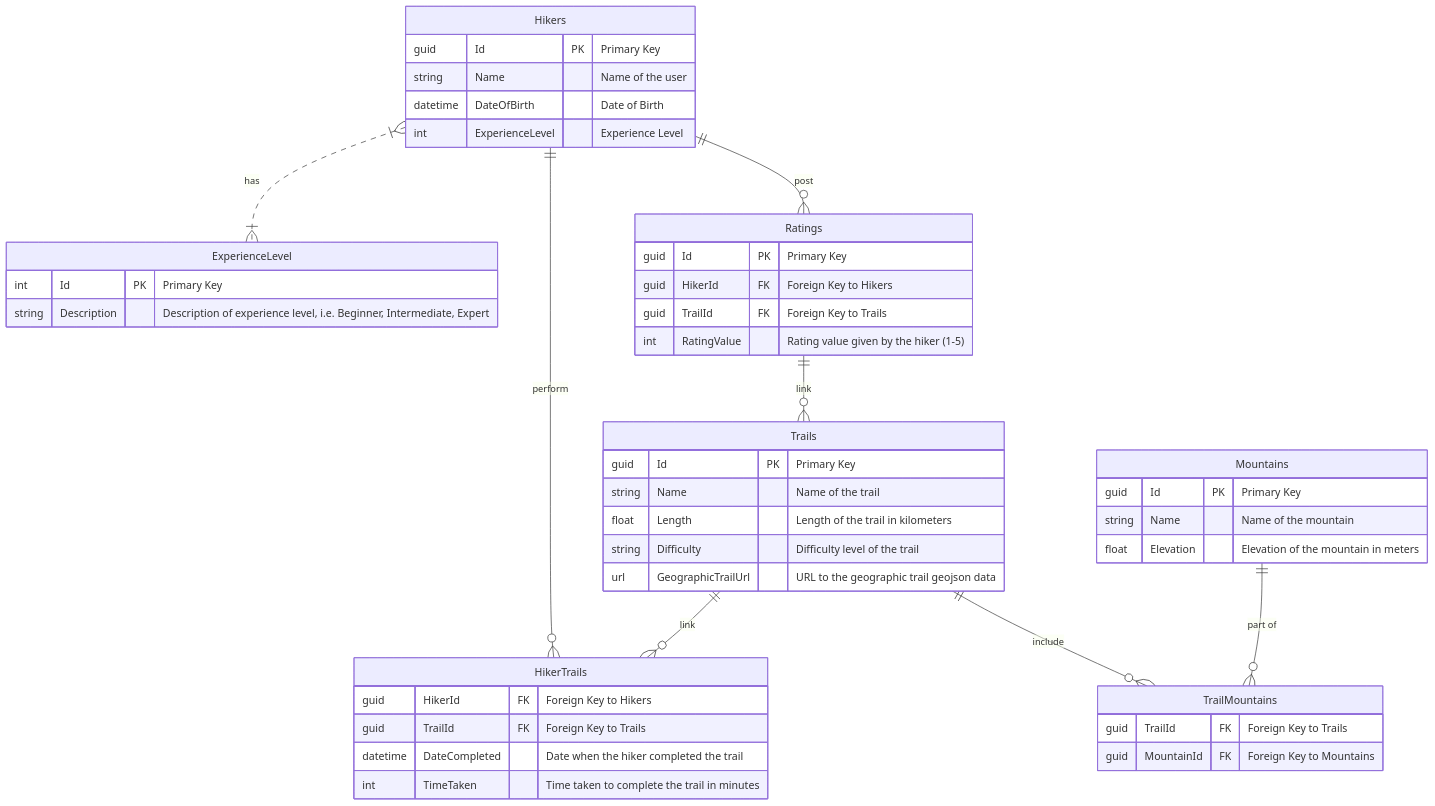
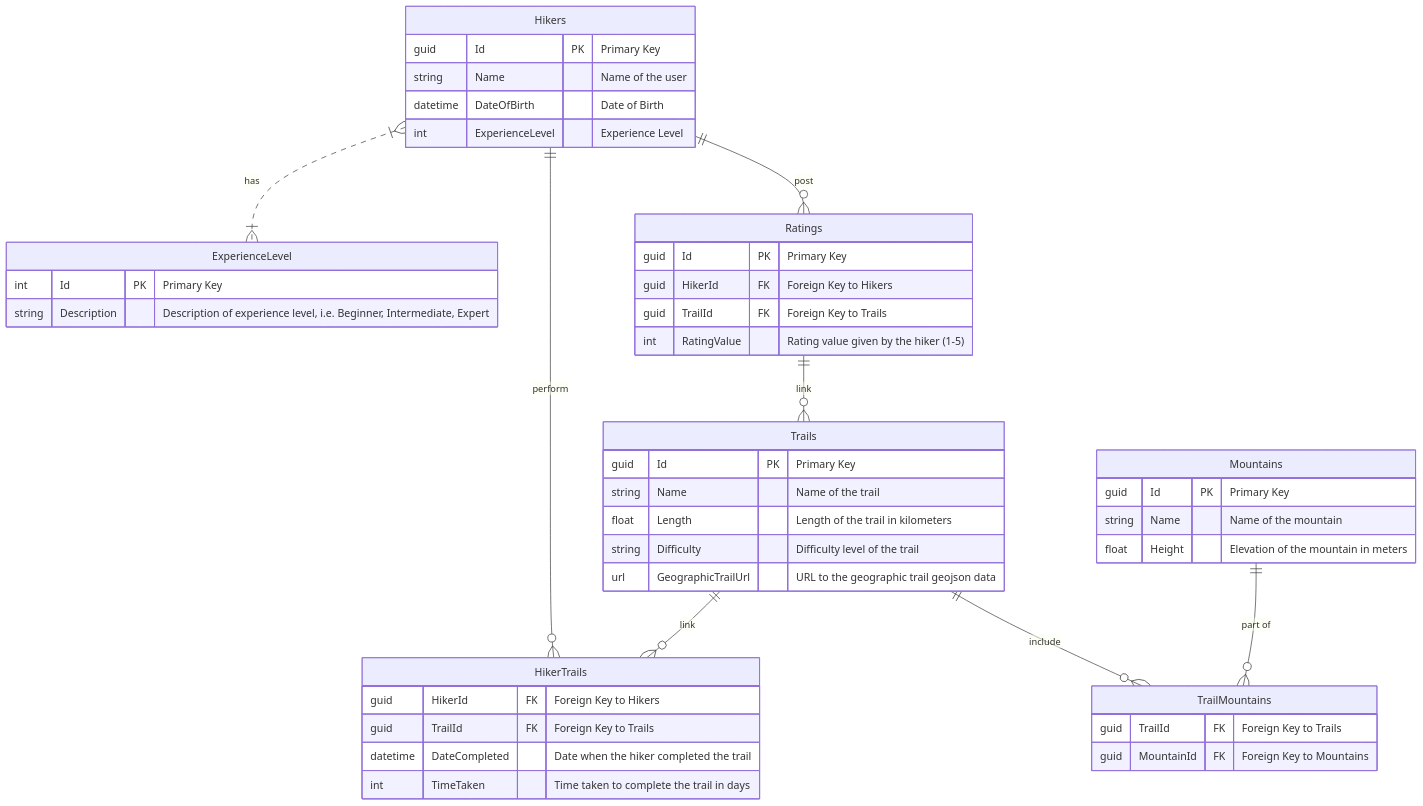
Before and after one commit to Mara1969/MyHikingAPI: the diagram in Docs/Schema.mmd, drawn with Mermaid.

Commit message:
refactoring the schema

```diff
--- a/Docs/Schema.mmd
+++ b/Docs/Schema.mmd
@@ -1,48 +1,48 @@
 
 erDiagram
     Hikers {
         guid Id PK "Primary Key"
         string Name "Name of the user"
         datetime DateOfBirth "Date of Birth"
         int ExperienceLevel "Experience Level"
     }
     ExperienceLevel {
         int Id PK "Primary Key"
         string Description "Description of experience level, i.e. Beginner, Intermediate, Expert"
     }
     Ratings {
         guid Id PK "Primary Key"
         guid HikerId FK "Foreign Key to Hikers"
         guid TrailId FK "Foreign Key to Trails"
         int RatingValue "Rating value given by the hiker (1-5)"
     }
     Trails {
         guid Id PK "Primary Key"
         string Name "Name of the trail"
         float Length "Length of the trail in kilometers"
         string Difficulty "Difficulty level of the trail"
         url GeographicTrailUrl "URL to the geographic trail geojson data"
     }
     HikerTrails {
         guid HikerId FK "Foreign Key to Hikers"
         guid TrailId FK "Foreign Key to Trails"
         datetime DateCompleted "Date when the hiker completed the trail"
-        int TimeTaken "Time taken to complete the trail in minutes"
+        int TimeTaken "Time taken to complete the trail in days"
     }
     Mountains {
         guid Id PK "Primary Key"
         string Name "Name of the mountain"
-        float Elevation "Elevation of the mountain in meters"
+        float Height "Elevation of the mountain in meters"
     }
     TrailMountains {
         guid TrailId FK "Foreign Key to Trails"
         guid MountainId FK "Foreign Key to Mountains"
     }
 
     Hikers ||--o{ Ratings : "post"
     Ratings ||--o{ Trails : "link"
     Hikers ||--o{ HikerTrails : "perform"
     Trails ||--o{ HikerTrails : "link"
     Trails ||--o{ TrailMountains : "include"
     Mountains ||--o{ TrailMountains : "part of"
     Hikers }|..|{ ExperienceLevel : "has"
```
